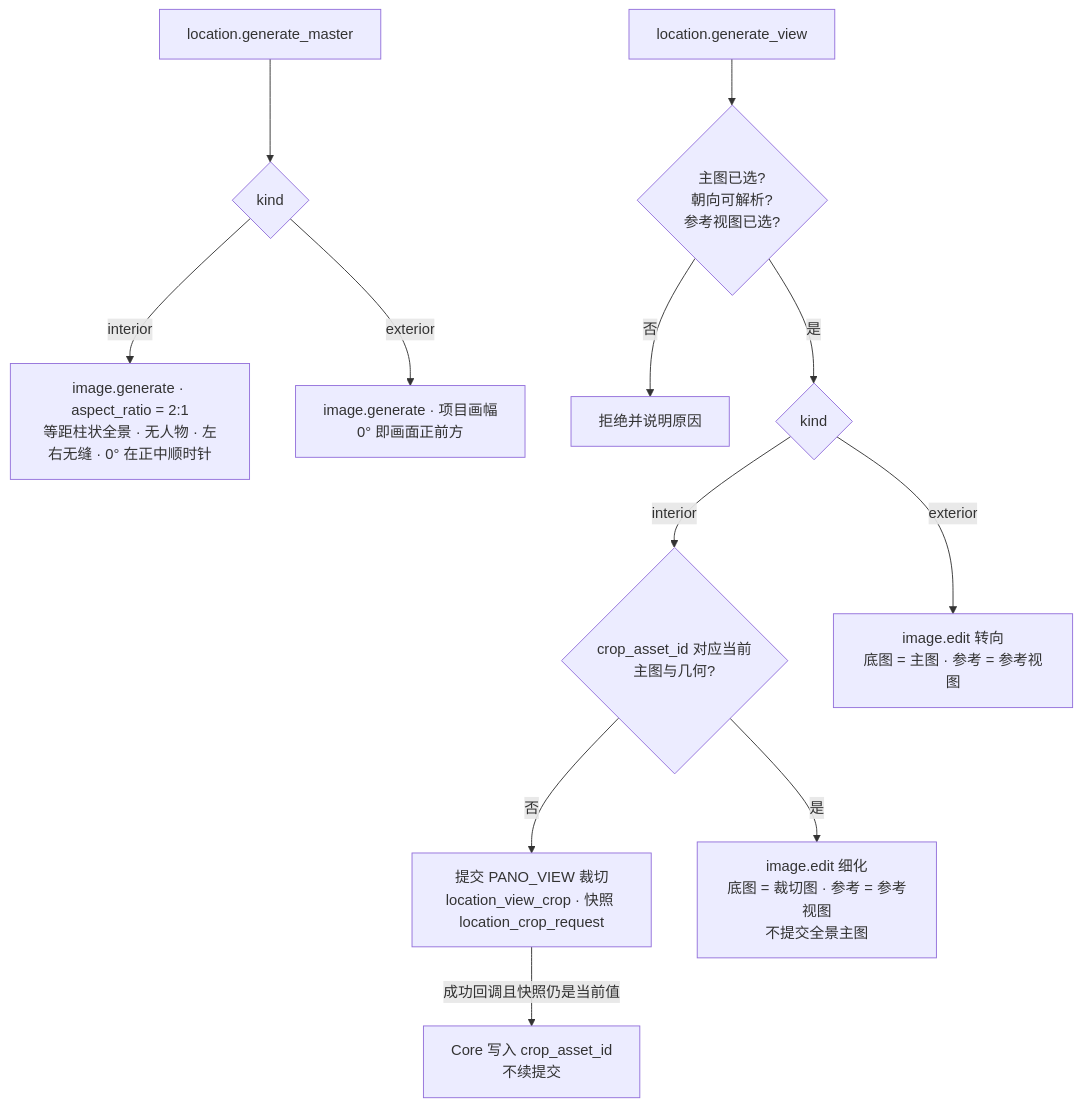
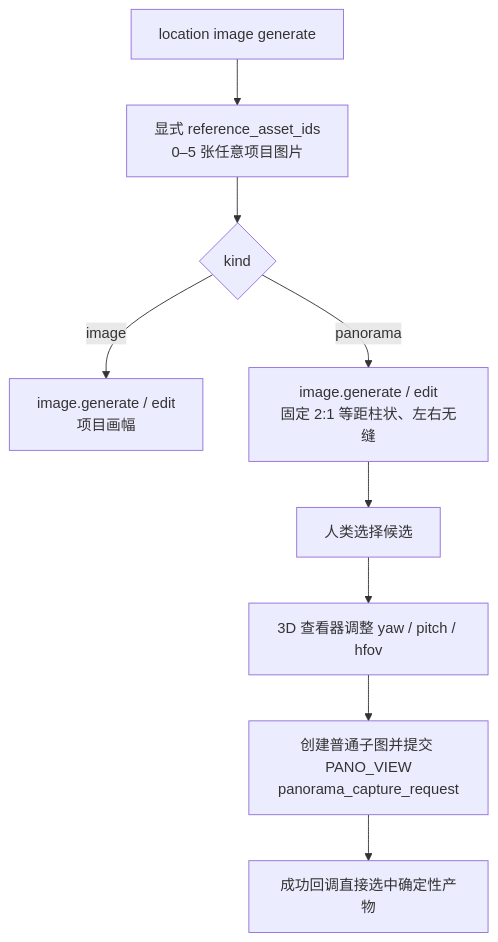
The fifth of 10 diagrams in docs/data-flow.md (LJXLJXLJX/StoryRail), drawn with Mermaid before and after one commit. The commit also changed other lines of this file and 173 other files, not shown here.

Commit message:
refactor: decouple location image library

````diff
--- a/docs/data-flow.md
+++ b/docs/data-flow.md
@@ -157,14 +151,11 @@
 ```mermaid
 flowchart TB
-    gm[location.generate_master] --> mk{kind}
-    mk -- interior --> mi[image.generate · aspect_ratio = 2:1<br/>等距柱状全景 · 无人物 · 左右无缝 · 0° 在正中顺时针]
-    mk -- exterior --> me[image.generate · 项目画幅<br/>0° 即画面正前方]
-    gv[location.generate_view] --> sel{主图已选?<br/>朝向可解析?<br/>参考视图已选?}
-    sel -- 否 --> rej[拒绝并说明原因]
-    sel -- 是 --> vk{kind}
-    vk -- interior --> cur{crop_asset_id 对应当前<br/>主图与几何?}
-    cur -- 否 --> crop[提交 PANO_VIEW 裁切<br/>location_view_crop · 快照 location_crop_request]
-    crop -->|成功回调且快照仍是当前值| write[Core 写入 crop_asset_id<br/>不续提交]
-    cur -- 是 --> refine[image.edit 细化<br/>底图 = 裁切图 · 参考 = 参考视图<br/>不提交全景主图]
-    vk -- exterior --> turn[image.edit 转向<br/>底图 = 主图 · 参考 = 参考视图]
+    gen[location image generate] --> refs[显式 reference_asset_ids<br/>0–5 张任意项目图片]
+    refs --> kind{kind}
+    kind -- image --> normal[image.generate / edit<br/>项目画幅]
+    kind -- panorama --> pano[image.generate / edit<br/>固定 2:1 等距柱状、左右无缝]
+    pano --> choose[人类选择候选]
+    choose --> viewer[3D 查看器调整 yaw / pitch / hfov]
+    viewer --> capture[创建普通子图并提交 PANO_VIEW<br/>panorama_capture_request]
+    capture --> selected[成功回调直接选中确定性产物]
 ```
````
